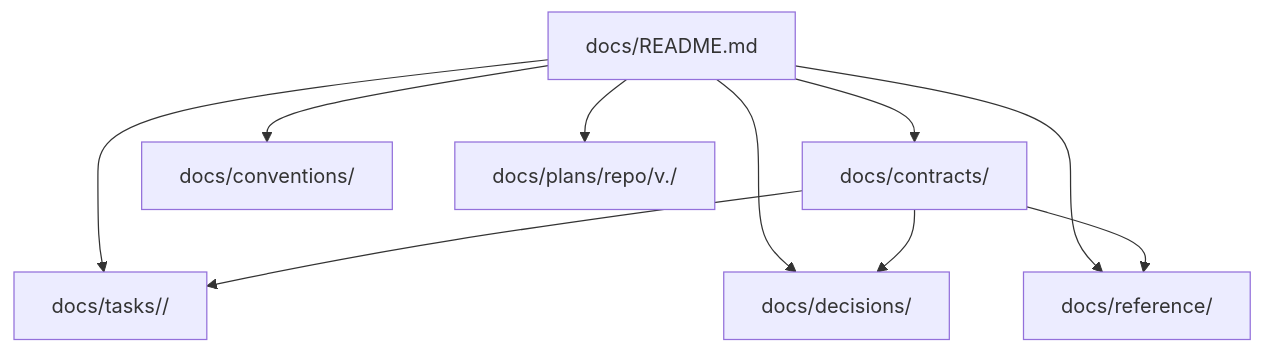
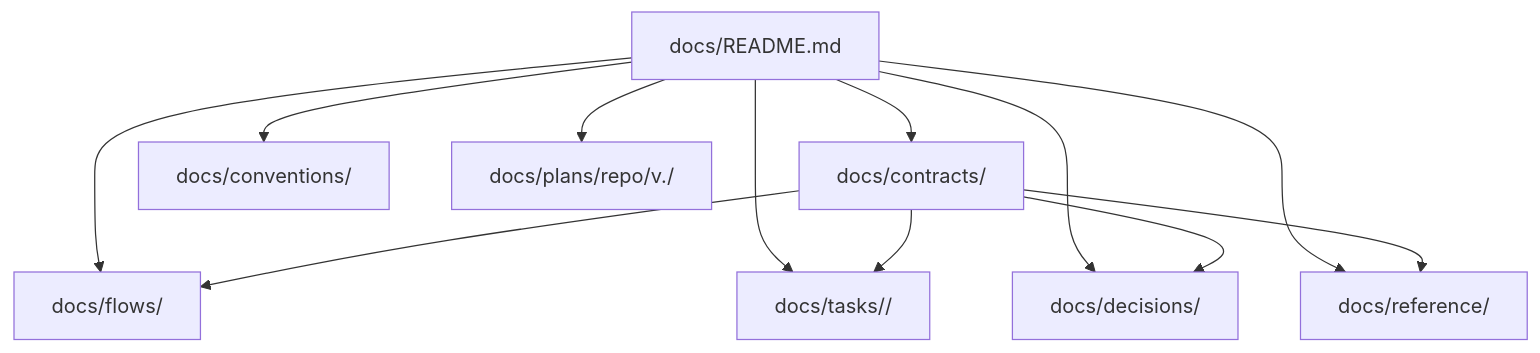
One commit to mantoni/pravaha changed the diagram in docs/conventions/repository/docs-structure.md. Above: the diagram before and after it, drawn with Mermaid. The commit also changed other lines of this file and 8 other files, not shown here.

Commit message:
Add flow document support

````diff
--- a/docs/conventions/repository/docs-structure.md
+++ b/docs/conventions/repository/docs-structure.md
@@ -31,20 +32,23 @@
 ```mermaid
 graph TD
   A["docs/README.md"]
   B["docs/contracts/"]
-  C["docs/tasks/<contract-slug>/"]
-  D["docs/decisions/"]
-  E["docs/conventions/"]
-  F["docs/reference/"]
-  G["docs/plans/repo/v<major>.<minor>/"]
+  C["docs/flows/"]
+  D["docs/tasks/<contract-slug>/"]
+  E["docs/decisions/"]
+  F["docs/conventions/"]
+  G["docs/reference/"]
+  H["docs/plans/repo/v<major>.<minor>/"]
 
   A --> B
   A --> C
   A --> D
   A --> E
   A --> F
   A --> G
+  A --> H
   B --> C
   B --> D
-  B --> F
+  B --> E
+  B --> G
 ```
````
